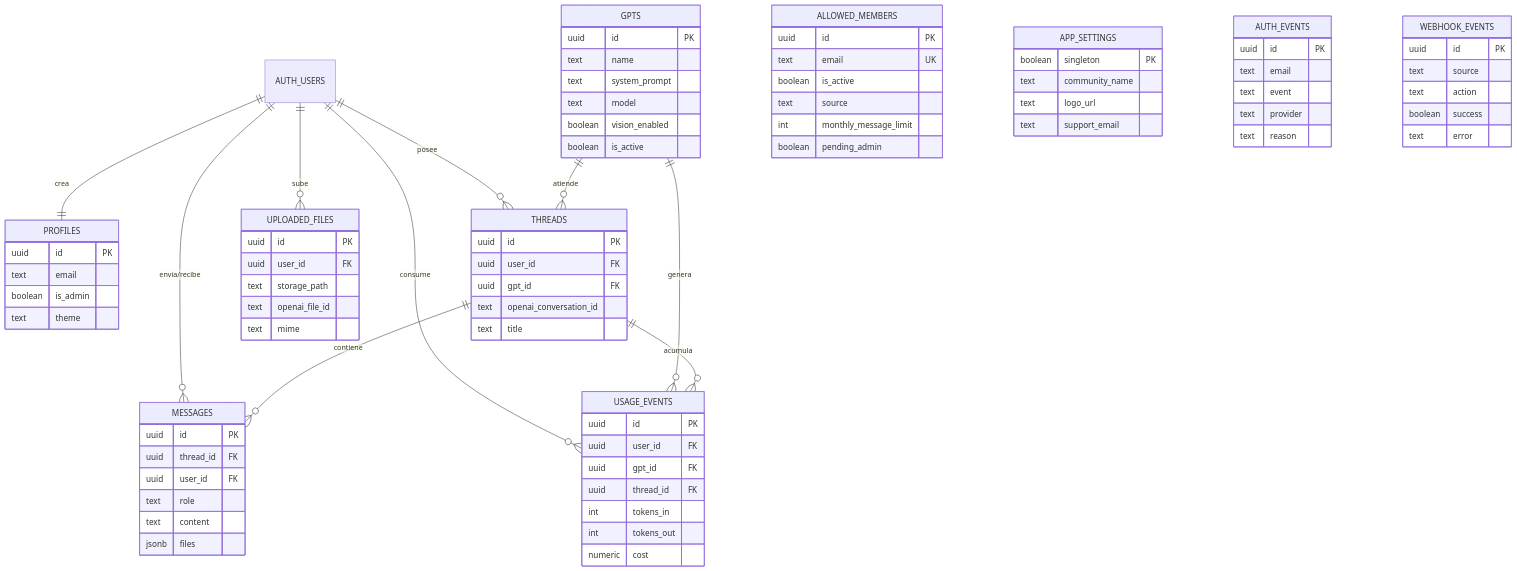
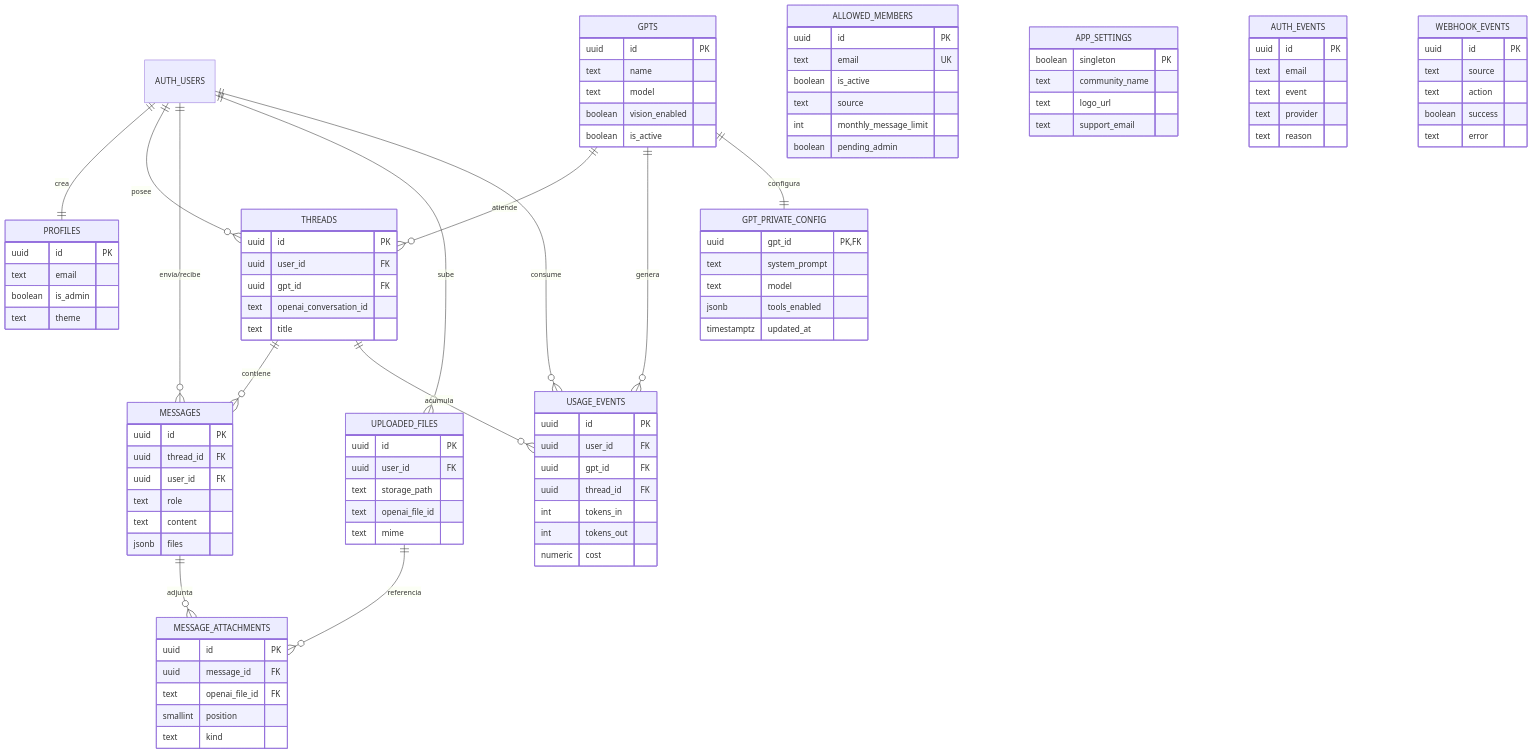
One commit to Danzstorm/gpt-skool-creativos changed the sixth of 6 diagrams in README.md. Above: the diagram before and after it, drawn with Mermaid. The commit also changed other lines of this file, not shown here.

```diff
--- a/README.md
+++ b/README.md
@@ -257,8 +263,11 @@
     AUTH_USERS ||--o{ USAGE_EVENTS : "consume"
     GPTS ||--o{ THREADS : "atiende"
     GPTS ||--o{ USAGE_EVENTS : "genera"
+    GPTS ||--|| GPT_PRIVATE_CONFIG : "configura"
     THREADS ||--o{ MESSAGES : "contiene"
     THREADS ||--o{ USAGE_EVENTS : "acumula"
+    MESSAGES ||--o{ MESSAGE_ATTACHMENTS : "adjunta"
+    UPLOADED_FILES ||--o{ MESSAGE_ATTACHMENTS : "referencia"
 
     ALLOWED_MEMBERS {
         uuid id PK
@@ -277,10 +286,16 @@
     GPTS {
         uuid id PK
         text name
-        text system_prompt
         text model
         boolean vision_enabled
         boolean is_active
+    }
+    GPT_PRIVATE_CONFIG {
+        uuid gpt_id PK, FK
+        text system_prompt
+        text model
+        jsonb tools_enabled
+        timestamptz updated_at
     }
     THREADS {
         uuid id PK
@@ -296,6 +311,13 @@
         text role
         text content
         jsonb files
+    }
+    MESSAGE_ATTACHMENTS {
+        uuid id PK
+        uuid message_id FK
+        text openai_file_id FK
+        smallint position
+        text kind
     }
     UPLOADED_FILES {
         uuid id PK
```
